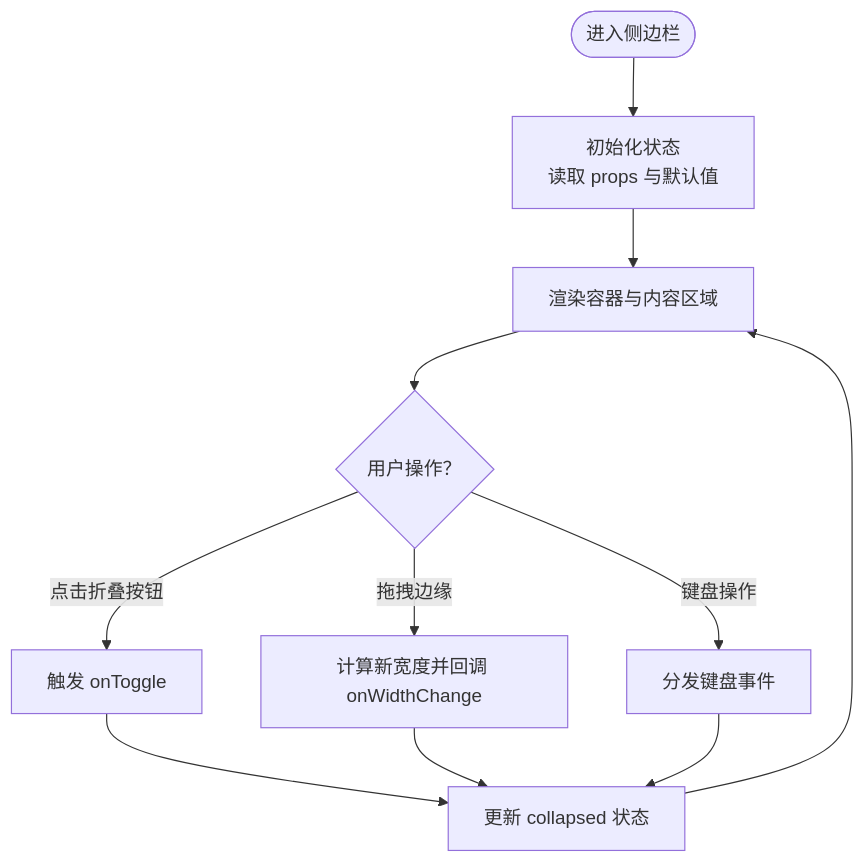
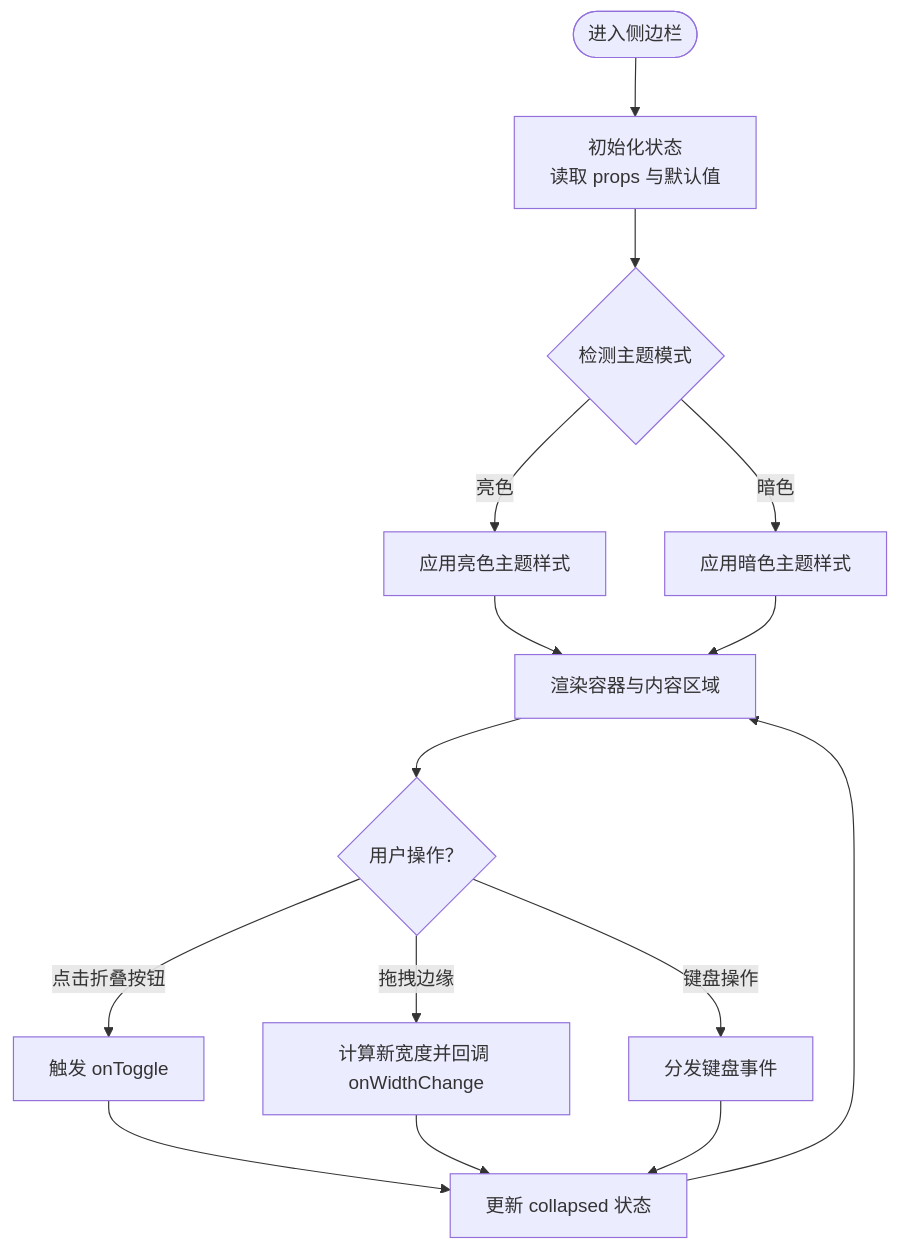
The third of 8 diagrams in .qoder/repowiki/zh/content/UI 组件库/业务组件/侧边栏组件.md (AIMFllyYS/code-video-canvas), drawn with Mermaid before and after one commit. The commit also changed other lines of this file and 51 other files, not shown here.

````diff
--- a/.qoder/repowiki/zh/content/UI 组件库/业务组件/侧边栏组件.md
+++ b/.qoder/repowiki/zh/content/UI 组件库/业务组件/侧边栏组件.md
@@ -174,13 +190,17 @@
 ```mermaid
 flowchart TD
 Start(["进入侧边栏"]) --> Init["初始化状态<br/>读取 props 与默认值"]
-Init --> Render["渲染容器与内容区域"]
+Init --> CheckTheme{"检测主题模式"}
+CheckTheme --> |亮色| LightMode["应用亮色主题样式"]
+CheckTheme --> |暗色| DarkMode["应用暗色主题样式"]
+LightMode --> Render["渲染容器与内容区域"]
+DarkMode --> Render
 Render --> UserAction{"用户操作？"}
 UserAction --> |点击折叠按钮| Toggle["触发 onToggle"]
 UserAction --> |拖拽边缘| Resize["计算新宽度并回调 onWidthChange"]
 UserAction --> |键盘操作| KeyNav["分发键盘事件"]
 Toggle --> UpdateState["更新 collapsed 状态"]
 Resize --> UpdateState
 KeyNav --> UpdateState
 UpdateState --> Render
 ```
````
